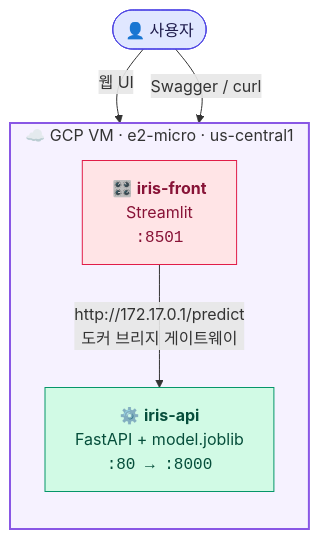
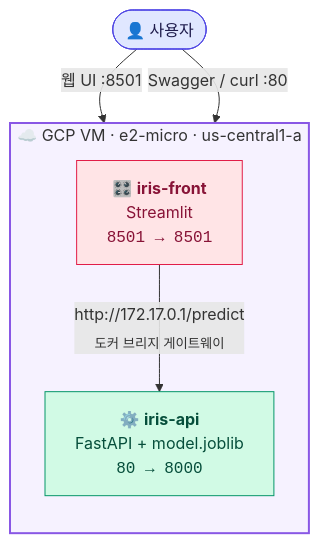
Before and after one commit to soya914/mlops_serving: the second of 4 diagrams in README.md, drawn with Mermaid. The commit also changed other lines of this file and 8 other files, not shown here.

First line of the commit message:
Make the gate real: holdout evaluation, model selection, richer API

````diff
--- a/README.md
+++ b/README.md
@@ -97,19 +158,19 @@
 ```mermaid
 flowchart TB
     U(["👤 사용자"])
 
-    subgraph GCP["☁️ GCP VM · e2-micro · us-central1"]
+    subgraph GCP["☁️ GCP VM · e2-micro · us-central1-a"]
         direction TB
-        F["🎛️ <b>iris-front</b><br/>Streamlit<br/><code>:8501</code>"]
-        B["⚙️ <b>iris-api</b><br/>FastAPI + model.joblib<br/><code>:80 → :8000</code>"]
-        F -- "http://172.17.0.1/predict<br/>도커 브리지 게이트웨이" --> B
+        F["🎛️ <b>iris-front</b><br/>Streamlit<br/><code>8501 → 8501</code>"]
+        B["⚙️ <b>iris-api</b><br/>FastAPI + model.joblib<br/><code>80 → 8000</code>"]
+        F -- "http://172.17.0.1/predict<br/><sub>도커 브리지 게이트웨이</sub>" --> B
     end
 
-    U -- "웹 UI" --> F
-    U -- "Swagger / curl" --> B
+    U -- "웹 UI :8501" --> F
+    U -- "Swagger / curl :80" --> B
 
     style GCP fill:#f6f2ff,stroke:#8957e5,stroke-width:2px
     style F fill:#ffe4e6,stroke:#e11d48,color:#881337
     style B fill:#d1fae5,stroke:#059669,color:#064e3b
     style U fill:#e0e7ff,stroke:#4f46e5,color:#1e1b4b
 ```
````
